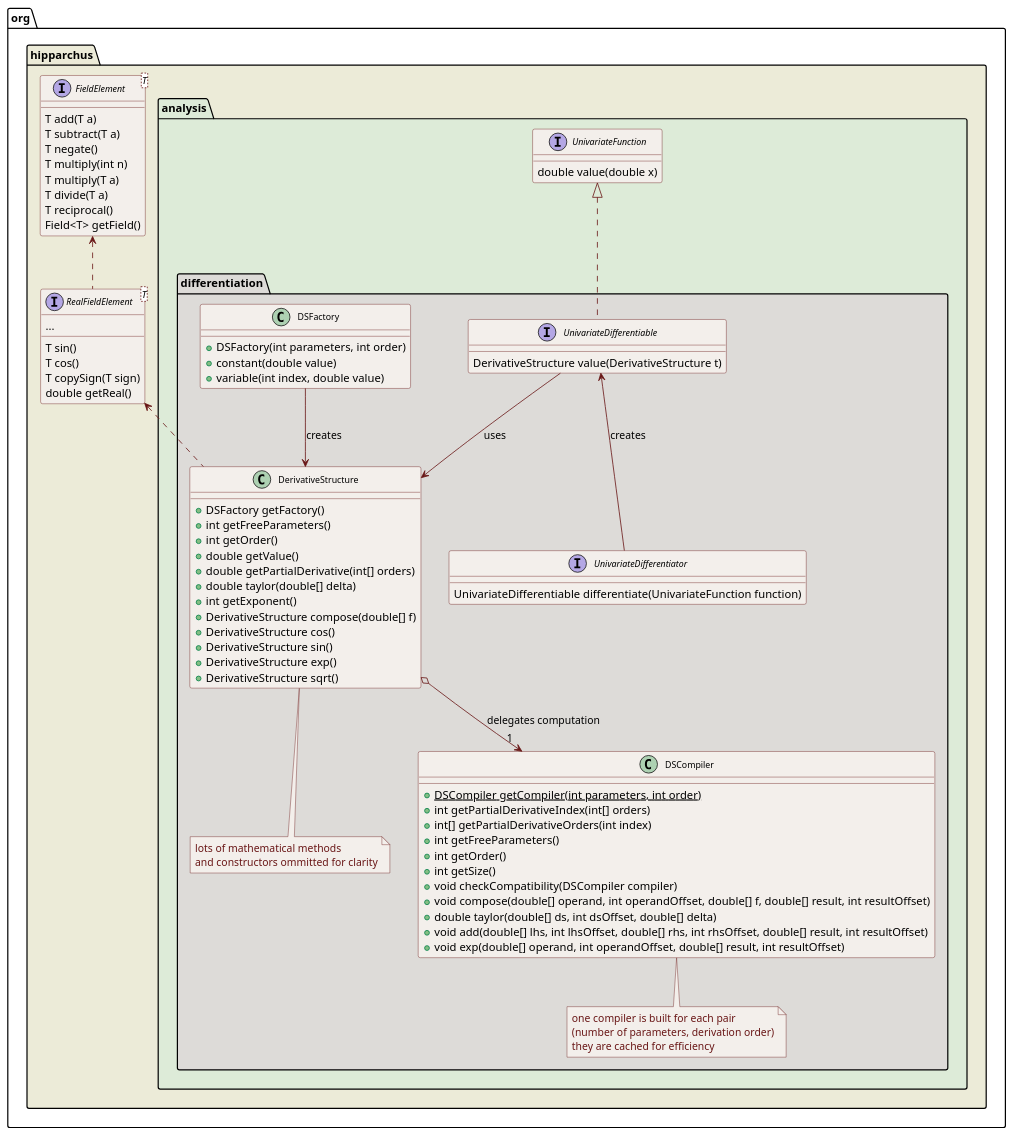
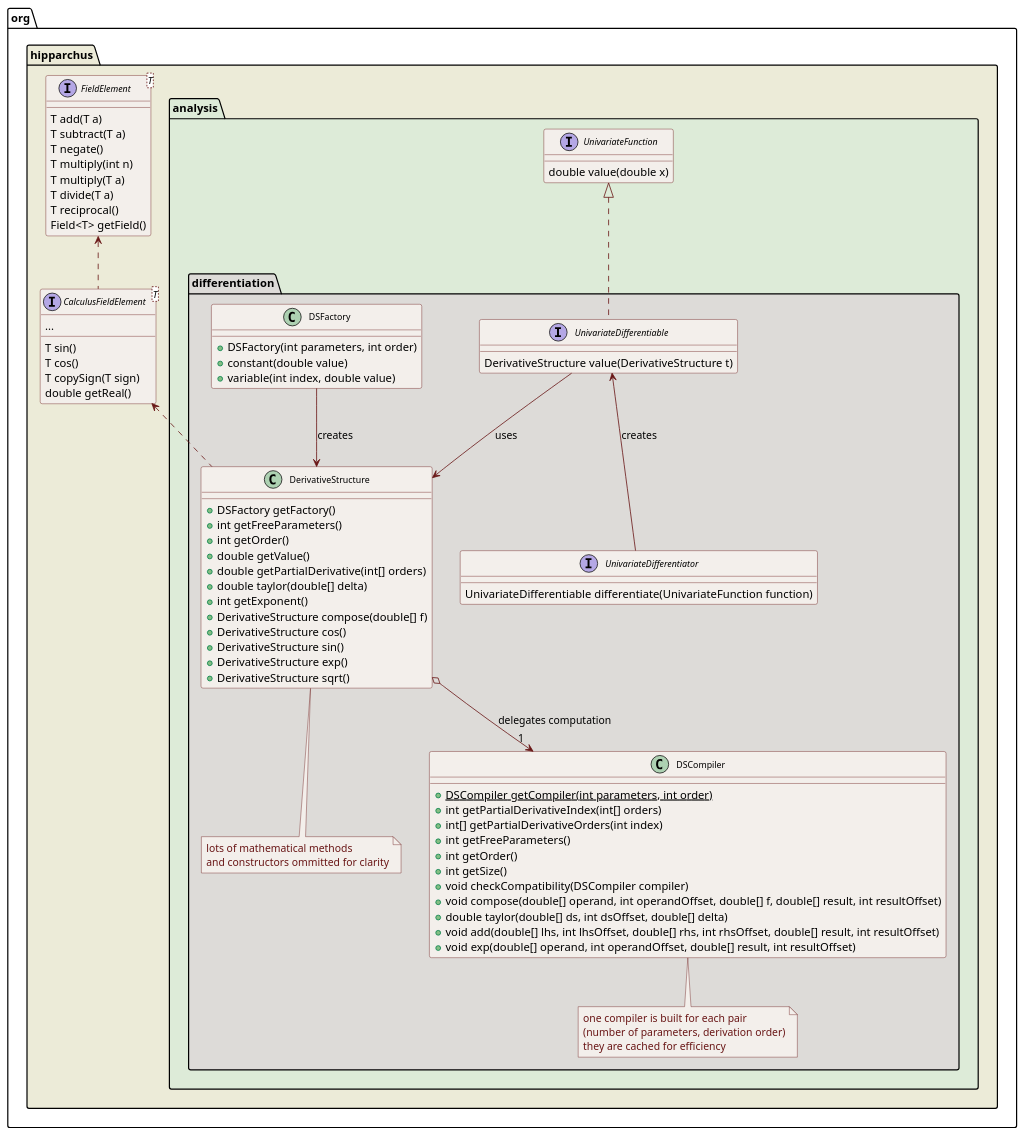
Before and after one commit to Hipparchus-Math/hipparchus: the diagram in hipparchus-core/src/site/design/differentiation.puml, drawn with PlantUML. The commit also changed 158 other files, not shown here.

First line of the commit message:
Use CalculusFieldElement instead of RealFieldElement where possible.

```diff
--- a/hipparchus-core/src/site/design/differentiation.puml
+++ b/hipparchus-core/src/site/design/differentiation.puml
@@ -16,104 +16,104 @@
 @startuml
 
   skinparam svek                  true
   skinparam ClassBackgroundColor  #F3EFEB
   skinparam ClassArrowColor       #691616
   skinparam ClassBorderColor      #691616
   skinparam NoteBackgroundColor   #F3EFEB
   skinparam NoteBorderColor       #691616
   skinparam NoteFontColor         #691616
   skinparam ClassFontSize         11
 
   package org.hipparchus #ECEBD8 {
 
     interface "FieldElement<T>" as FieldElement_T_ {
       T add(T a)
       T subtract(T a)
       T negate()
       T multiply(int n)
       T multiply(T a)
       T divide(T a)
       T reciprocal()
       Field<T> getField()
     }
 
-    interface "RealFieldElement<T>" as RealFieldElement_T_ {
+    interface "CalculusFieldElement<T>" as CalculusFieldElement_T_ {
       T sin()
       T cos()
       ...
       T copySign(T sign)
       double getReal()
     }
 
     package analysis #DDEBD8  {
       interface UnivariateFunction {
         double value(double x)
       }
 
       package differentiation #DDDBD8 {
 
         class DSFactory {
           +DSFactory(int parameters, int order)
           +constant(double value)
           +variable(int index, double value)
         }
 
         class DerivativeStructure {
           +DSFactory getFactory()
           +int getFreeParameters()
           +int getOrder()
           +double getValue()
           +double getPartialDerivative(int[] orders)
           +double taylor(double[] delta)
           +int getExponent()
           +DerivativeStructure compose(double[] f)
           +DerivativeStructure cos()
           +DerivativeStructure sin()
           +DerivativeStructure exp()
           +DerivativeStructure sqrt()
         }
         note bottom
           lots of mathematical methods
           and constructors ommitted for clarity
         end note
 
         class DSCompiler {
           {static} +DSCompiler getCompiler(int parameters, int order)
           +int getPartialDerivativeIndex(int[] orders)
           +int[] getPartialDerivativeOrders(int index)
           +int getFreeParameters()
           +int getOrder()
           +int getSize()
           +void checkCompatibility(DSCompiler compiler)
           +void compose(double[] operand, int operandOffset, double[] f, double[] result, int resultOffset)
           +double taylor(double[] ds, int dsOffset, double[] delta)
           +void add(double[] lhs, int lhsOffset, double[] rhs, int rhsOffset, double[] result, int resultOffset)
           +void exp(double[] operand, int operandOffset, double[] result, int resultOffset)
         }
         note bottom
           one compiler is built for each pair
           (number of parameters, derivation order)
           they are cached for efficiency
         end note
 
         interface UnivariateDifferentiable {
           DerivativeStructure value(DerivativeStructure t)
         }
 
         interface UnivariateDifferentiator {
           UnivariateDifferentiable differentiate(UnivariateFunction function)
         }
 
-        FieldElement_T_     <..      RealFieldElement_T_
-        RealFieldElement_T_     <..      DerivativeStructure
+        FieldElement_T_     <..      CalculusFieldElement_T_
+        CalculusFieldElement_T_     <..      DerivativeStructure
         DSFactory           --> DerivativeStructure : creates
         DerivativeStructure o--> "1" DSCompiler : delegates computation
         UnivariateFunction  <|..     UnivariateDifferentiable
         UnivariateDifferentiable <-- UnivariateDifferentiator : creates
         UnivariateDifferentiable --> DerivativeStructure : uses
 
       }
     }
   }
 
 @enduml
```
